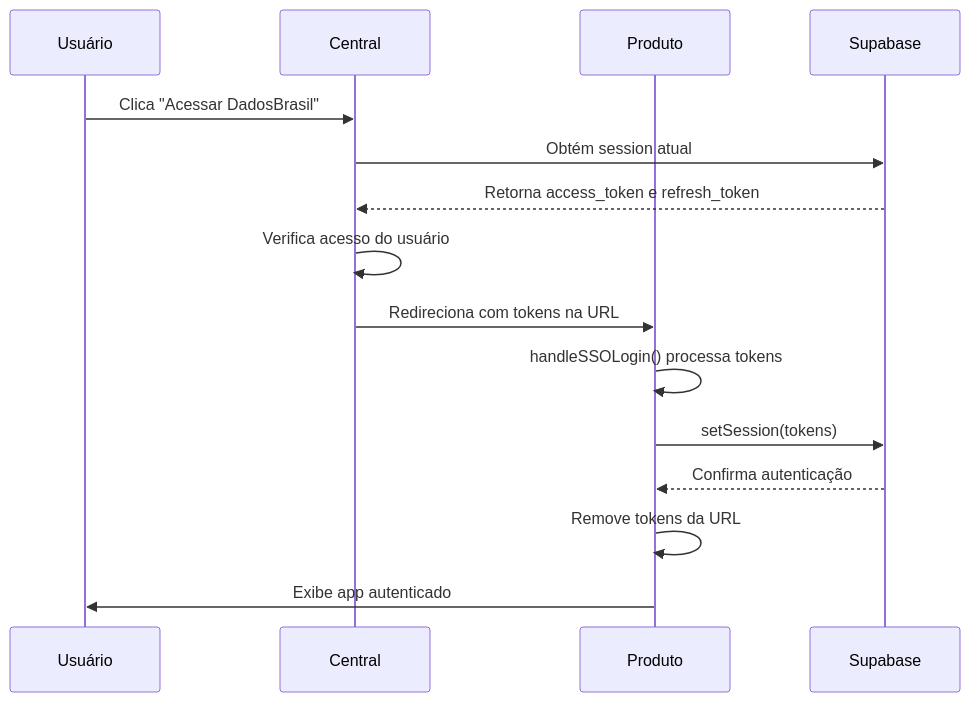
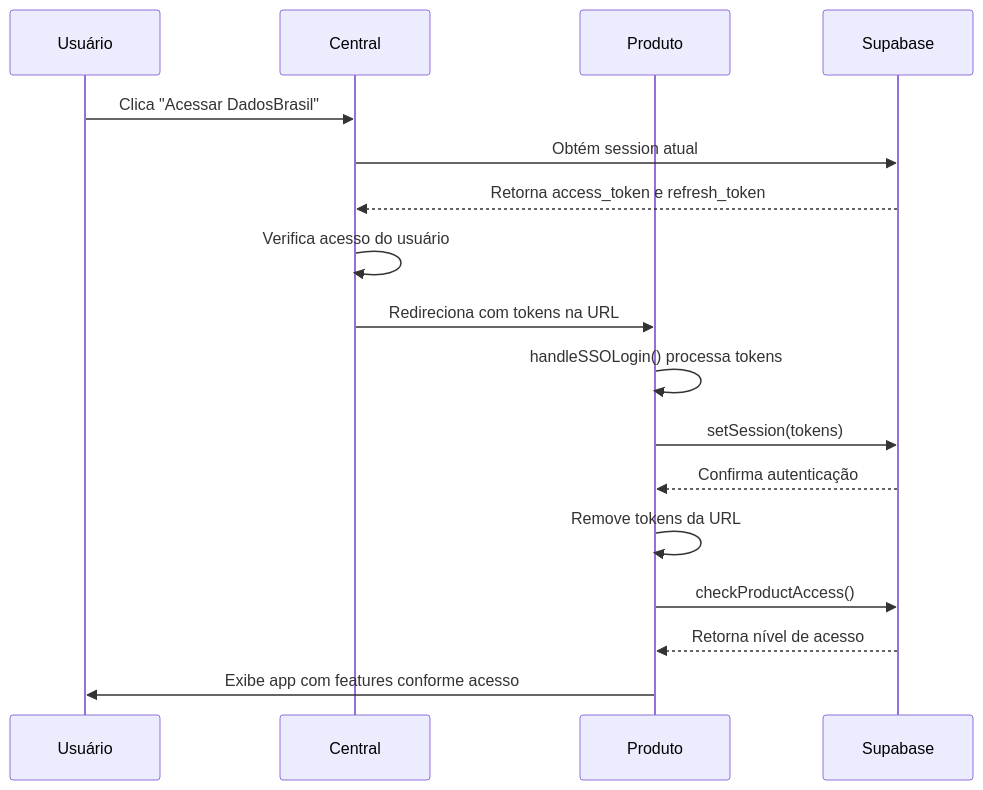
The diagram in docs/SSO-IMPLEMENTATION-GUIDE.md (WesleyInfoBr2/ciencia-de-dados), drawn with Mermaid before and after one commit. The commit also changed other lines of this file and 6 other files, not shown here.

````diff
--- a/docs/SSO-IMPLEMENTATION-GUIDE.md
+++ b/docs/SSO-IMPLEMENTATION-GUIDE.md
@@ -292,18 +337,20 @@
 ```mermaid
 sequenceDiagram
     participant U as Usuário
     participant C as Central
     participant P as Produto
     participant S as Supabase
 
     U->>C: Clica "Acessar DadosBrasil"
     C->>S: Obtém session atual
     S-->>C: Retorna access_token e refresh_token
     C->>C: Verifica acesso do usuário
     C->>P: Redireciona com tokens na URL
     P->>P: handleSSOLogin() processa tokens
     P->>S: setSession(tokens)
     S-->>P: Confirma autenticação
     P->>P: Remove tokens da URL
-    P->>U: Exibe app autenticado
+    P->>S: checkProductAccess()
+    S-->>P: Retorna nível de acesso
+    P->>U: Exibe app com features conforme acesso
 ```
````
